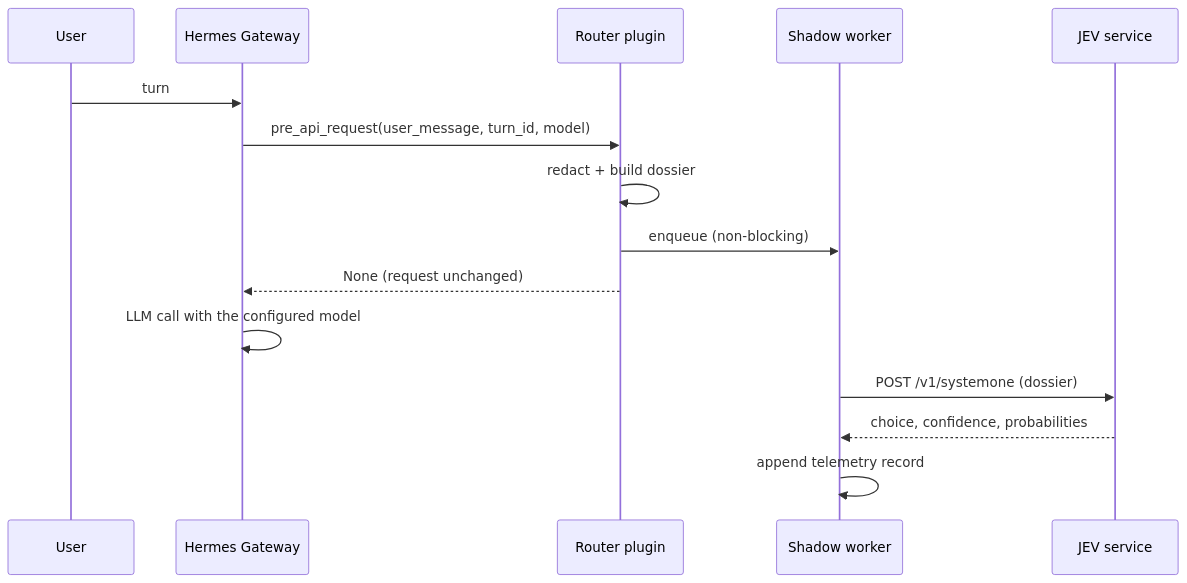
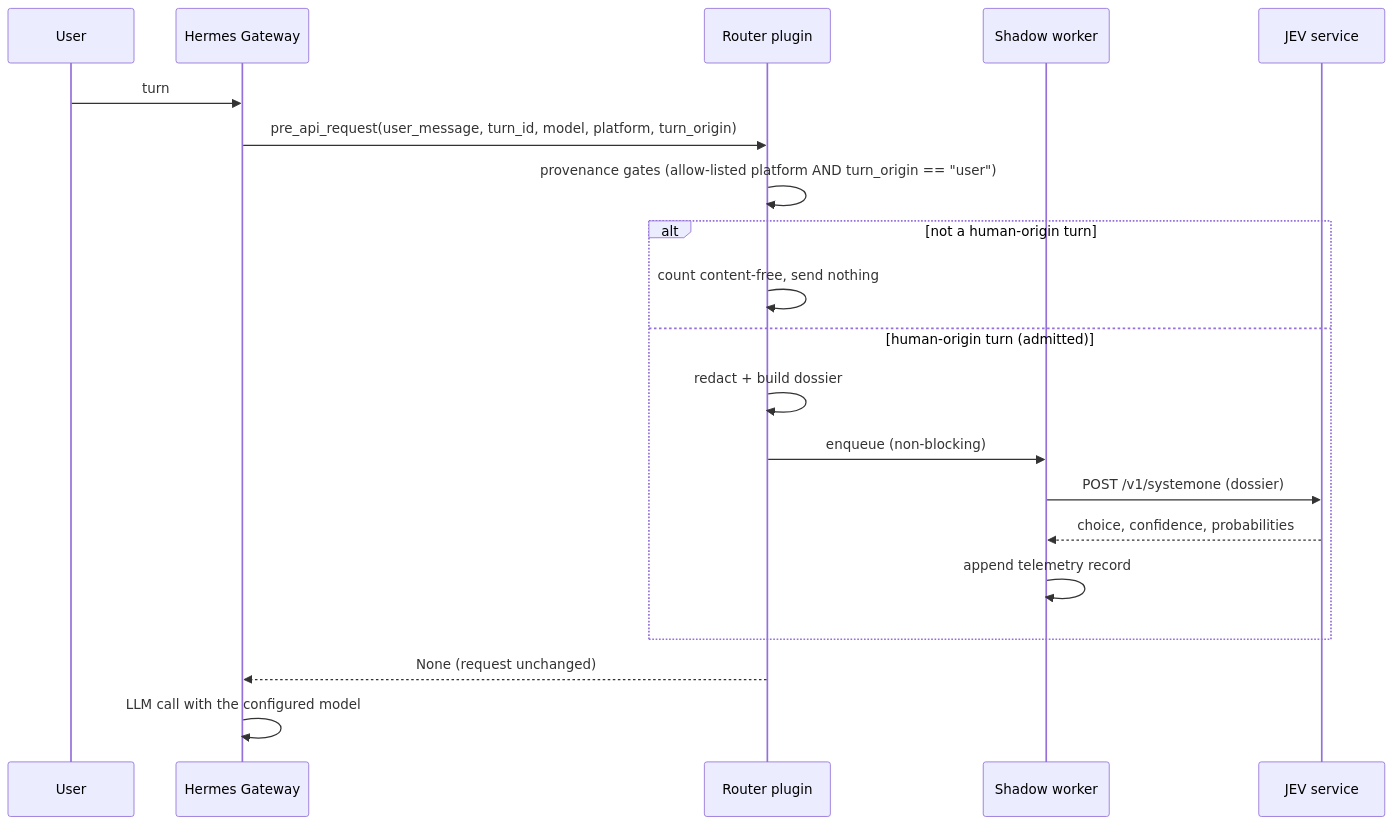
Before and after one commit to INEEDBUG/hermes-adaptive-model-router: the diagram in docs/architecture.md, drawn with Mermaid. The commit also changed other lines of this file and 20 other files, not shown here.

````diff
--- a/docs/architecture.md
+++ b/docs/architecture.md
@@ -51,17 +109,22 @@
 ```mermaid
 sequenceDiagram
     participant U as User
     participant G as Hermes Gateway
     participant P as Router plugin
     participant W as Shadow worker
     participant J as JEV service
     U->>G: turn
-    G->>P: pre_api_request(user_message, turn_id, model)
-    P->>P: redact + build dossier
-    P->>W: enqueue (non-blocking)
+    G->>P: pre_api_request(user_message, turn_id, model, platform, turn_origin)
+    P->>P: provenance gates (allow-listed platform AND turn_origin == "user")
+    alt not a human-origin turn
+        P->>P: count content-free, send nothing
+    else human-origin turn (admitted)
+        P->>P: redact + build dossier
+        P->>W: enqueue (non-blocking)
+        W->>J: POST /v1/systemone (dossier)
+        J-->>W: choice, confidence, probabilities
+        W->>W: append telemetry record
+    end
     P-->>G: None (request unchanged)
     G->>G: LLM call with the configured model
-    W->>J: POST /v1/systemone (dossier)
-    J-->>W: choice, confidence, probabilities
-    W->>W: append telemetry record
 ```
````
